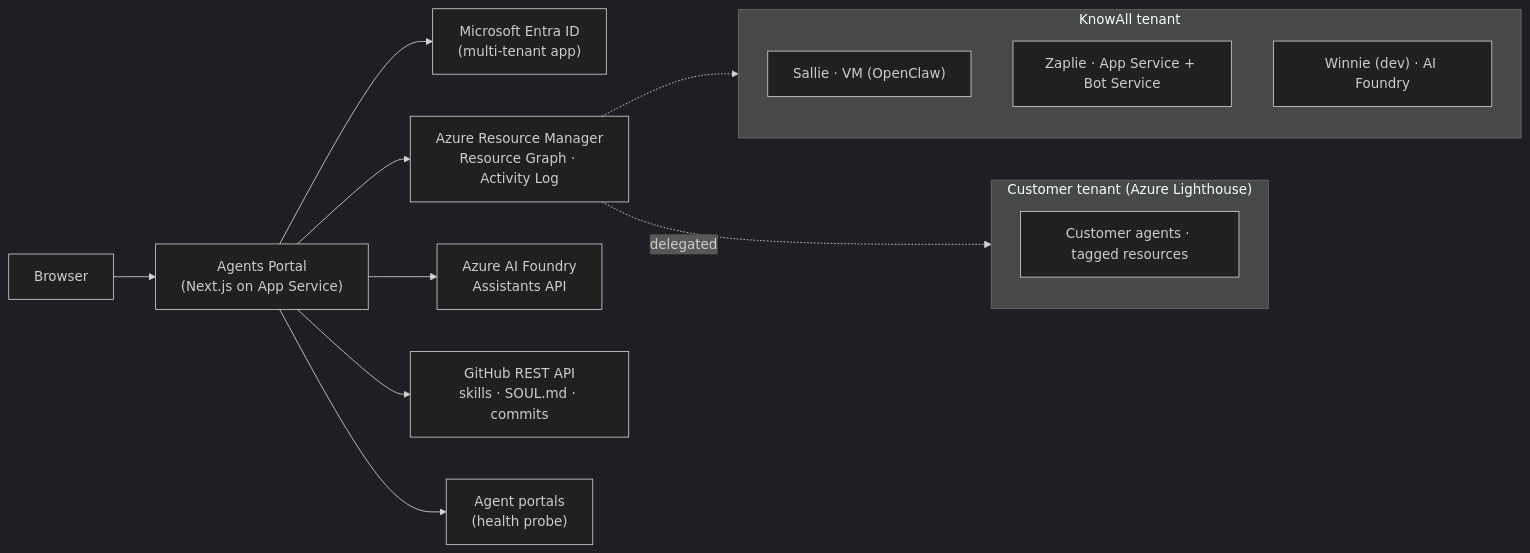
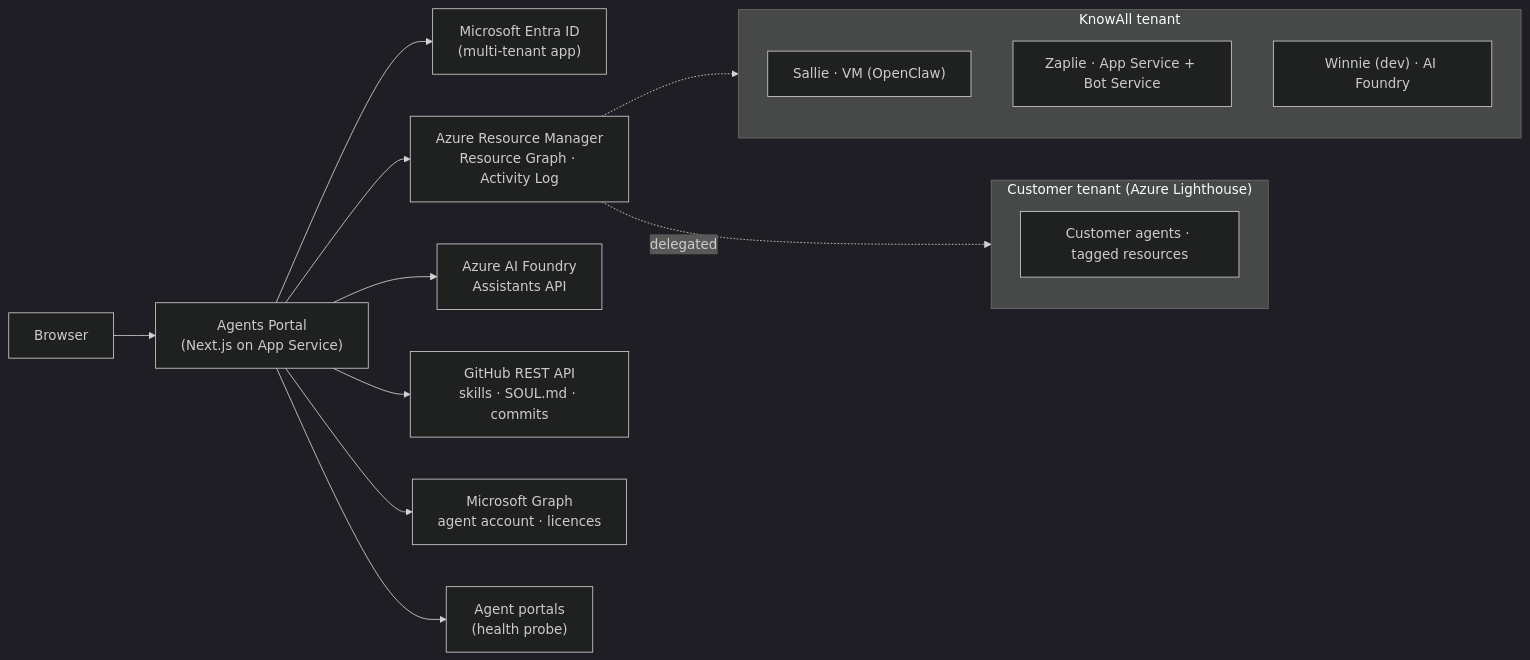
The diagram in docs/SOLUTION_DESIGN.adoc (knowall-ai/agents-portal), drawn with Mermaid (dark theme) before and after one commit. The commit also changed 15 other files, not shown here.

First line of the commit message:
feat: Licences card on the agent page

```diff
--- a/docs/SOLUTION_DESIGN.adoc
+++ b/docs/SOLUTION_DESIGN.adoc
@@ -14,21 +14,22 @@
 [mermaid]
 ....
 flowchart LR
     Browser["Browser"] --> App["Agents Portal<br/>(Next.js on App Service)"]
     App --> Entra["Microsoft Entra ID<br/>(multi-tenant app)"]
     App --> ARM["Azure Resource Manager<br/>Resource Graph · Activity Log"]
     App --> Foundry["Azure AI Foundry<br/>Assistants API"]
     App --> GitHub["GitHub REST API<br/>skills · SOUL.md · commits"]
+    App --> Graph["Microsoft Graph<br/>agent account · licences"]
     App --> Portal["Agent portals<br/>(health probe)"]
 
     subgraph KnowAll["KnowAll tenant"]
         Sallie["Sallie · VM (OpenClaw)"]
         Zaplie["Zaplie · App Service + Bot Service"]
         Winnie["Winnie (dev) · AI Foundry"]
     end
     subgraph Customer["Customer tenant (Azure Lighthouse)"]
         CustomerAgents["Customer agents · tagged resources"]
     end
     ARM -.-> KnowAll
     ARM -.->|delegated| Customer
 ....
```
